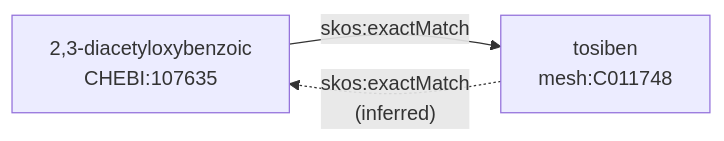
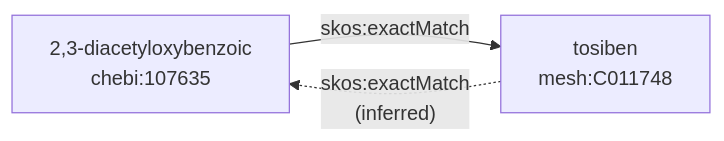
Before and after one commit to biopragmatics/semra: the first of 3 diagrams in README.md, drawn with Mermaid. The commit also changed other lines of this file, not shown here.

````diff
--- a/README.md
+++ b/README.md
@@ -119,5 +119,5 @@
 ```mermaid
 graph LR
-    A[2,3-diacetyloxybenzoic<br/>CHEBI:107635] -- skos:exactMatch --> B[tosiben<br/>mesh:C011748]
+    A[2,3-diacetyloxybenzoic<br/>chebi:107635] -- skos:exactMatch --> B[tosiben<br/>mesh:C011748]
     B -. "skos:exactMatch<br/>(inferred)" .-> A
 ```
````
